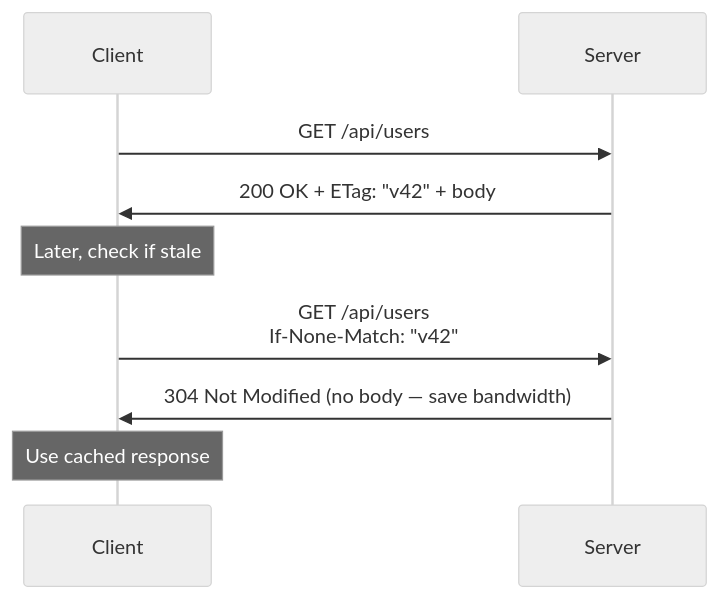
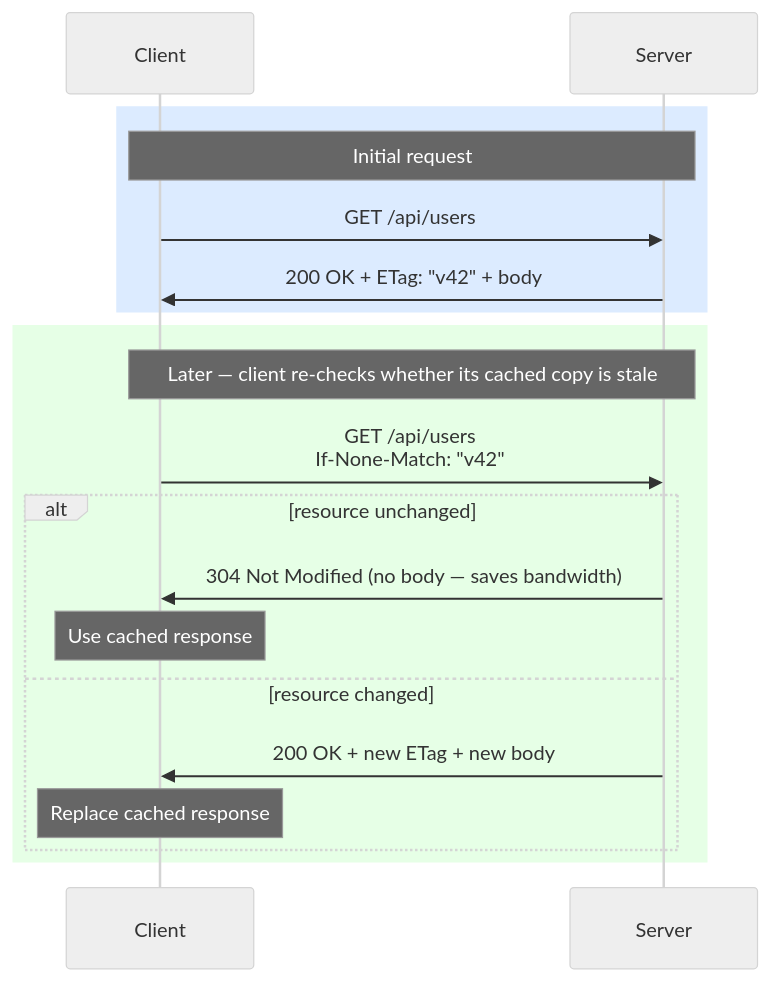
One commit to deepanshu-rawat6/DevOpsIndex changed the eighth of 9 diagrams in networking/http-versions.md. Above: the diagram before and after it, drawn with Mermaid (neutral theme). The commit also changed other lines of this file and 8 other files, not shown here.

````diff
--- a/networking/http-versions.md
+++ b/networking/http-versions.md
@@ -320,13 +525,23 @@
 ```mermaid
 sequenceDiagram
     participant C as Client
     participant S as Server
 
-    C->>S: GET /api/users
-    S->>C: 200 OK + ETag: "v42" + body
+    rect rgb(220, 235, 255)
+        Note over C,S: Initial request
+        C->>S: GET /api/users
+        S->>C: 200 OK + ETag: "v42" + body
+    end
 
-    Note over C: Later, check if stale
-    C->>S: GET /api/users<br>If-None-Match: "v42"
-    S->>C: 304 Not Modified (no body — save bandwidth)
-    Note over C: Use cached response
+    rect rgb(230, 255, 230)
+        Note over C,S: Later — client re-checks whether its cached copy is stale
+        C->>S: GET /api/users<br/>If-None-Match: "v42"
+        alt resource unchanged
+            S->>C: 304 Not Modified (no body — saves bandwidth)
+            Note over C: Use cached response
+        else resource changed
+            S->>C: 200 OK + new ETag + new body
+            Note over C: Replace cached response
+        end
+    end
 ```
````
